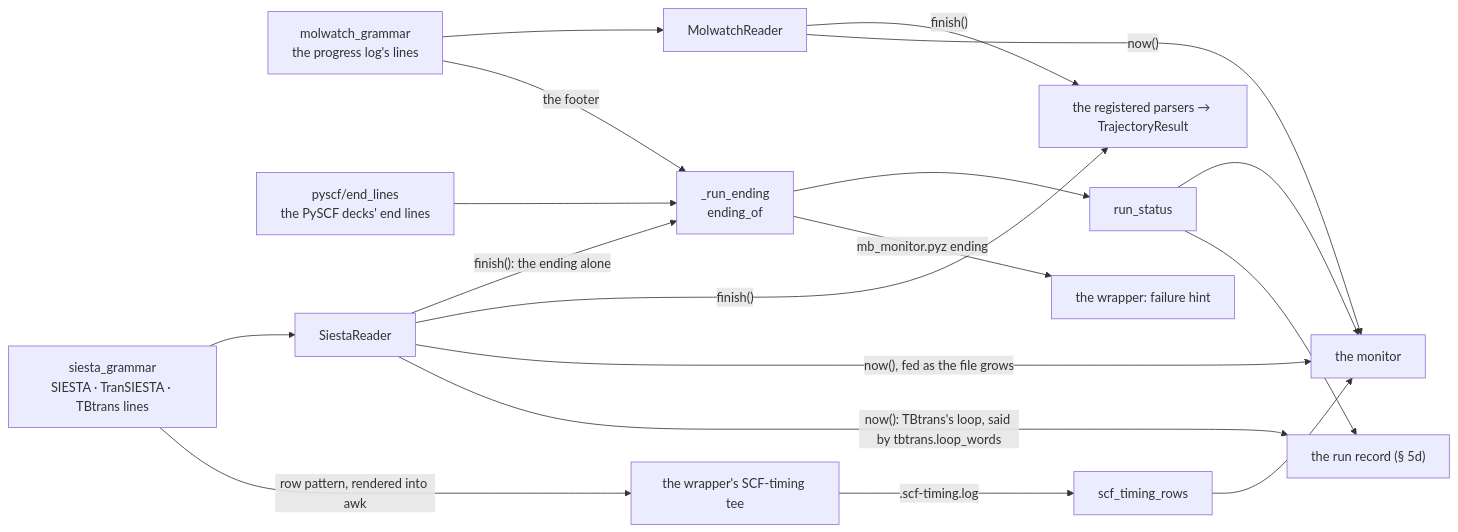
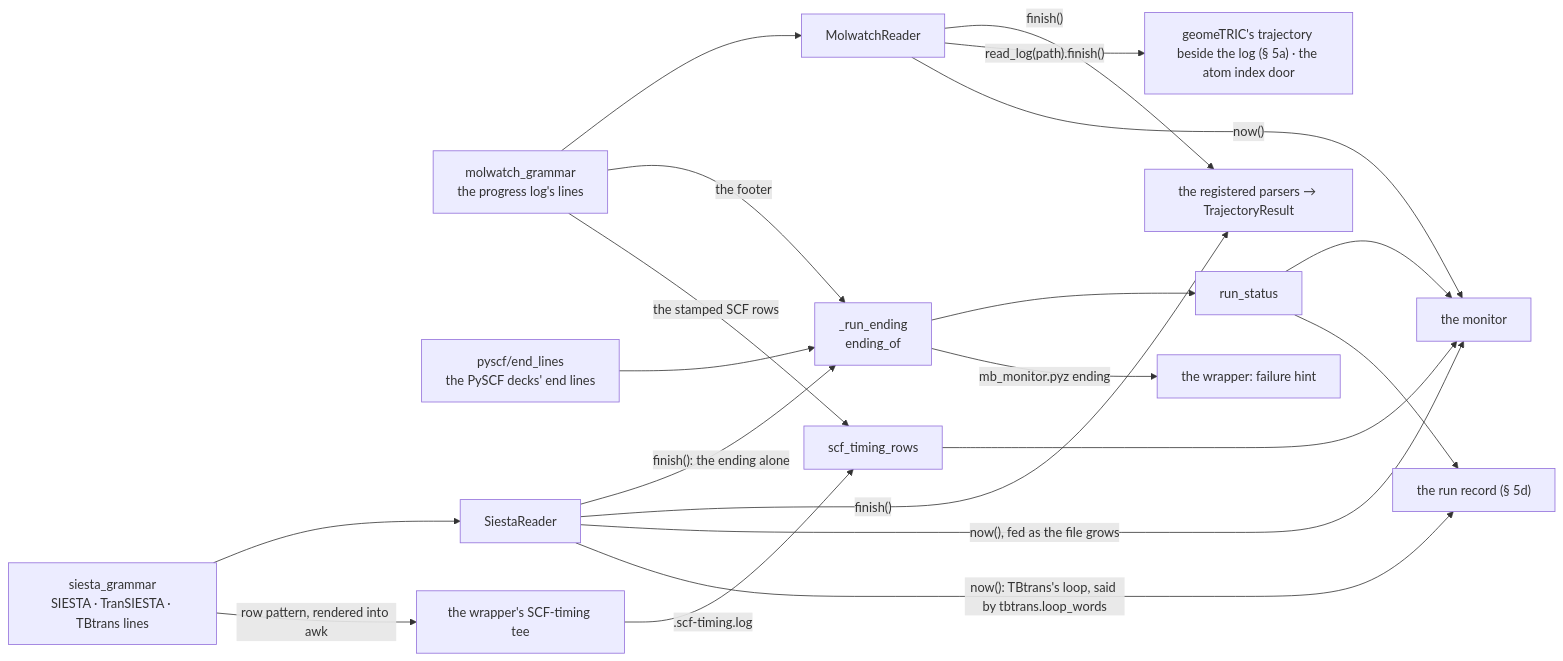
Before and after one commit to Qing-LAB/molbuilder: the third of 5 diagrams in docs/model/parse.md, drawn with Mermaid. The commit also changed other lines of this file and 13 other files, not shown here.

First line of the commit message:
2.69.30: a run's progress log read through its one read

````diff
--- a/docs/model/parse.md
+++ b/docs/model/parse.md
@@ -689,27 +689,29 @@
 ```mermaid
 flowchart LR
     SG["siesta_grammar<br/>SIESTA · TranSIESTA · TBtrans lines"]
     MG["molwatch_grammar<br/>the progress log's lines"]
     EL["pyscf/end_lines<br/>the PySCF decks' end lines"]
     SR["SiestaReader"]
     MR["MolwatchReader"]
     RE["_run_ending<br/>ending_of"]
     TR["scf_timing_rows"]
     SG --> SR
     MG --> MR
     SR -->|"finish(): the ending alone"| RE
     MG -->|"the footer"| RE
     EL --> RE
     SG -->|"row pattern, rendered into awk"| TEE["the wrapper's SCF-timing tee"]
     TEE -->|"<stem>.scf-timing.log"| TR
     SR -->|"finish()"| PA["the registered parsers → TrajectoryResult"]
     MR -->|"finish()"| PA
+    MR -->|"read_log(path).finish()"| SIB["geomeTRIC's trajectory beside the log (§ 5a) · the atom index door"]
+    MG -->|"the stamped SCF rows"| TR
     SR -->|"now(), fed as the file grows"| MON["the monitor"]
     SR -->|"now(): TBtrans's loop, said by tbtrans.loop_words"| REC
     MR -->|"now()"| MON
     TR --> MON
     RE --> RS["run_status"]
     RS --> MON
     RS --> REC["the run record (§ 5d)"]
     RE -->|"mb_monitor.pyz ending"| WR["the wrapper: failure hint"]
 ```
````
